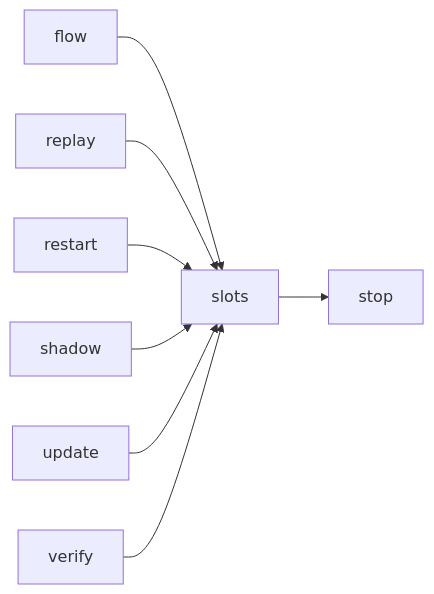
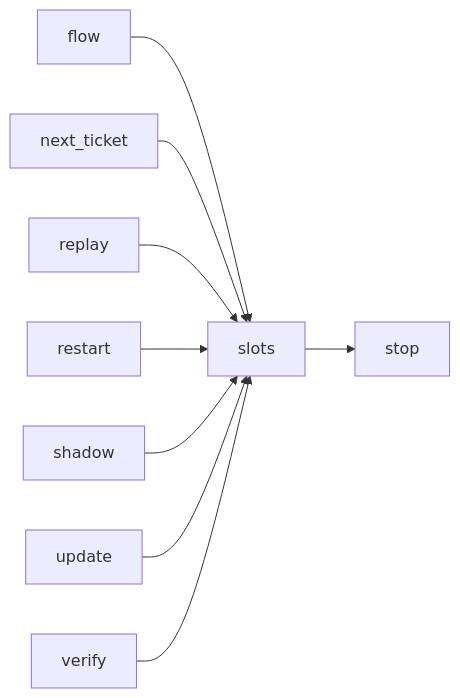
The third of 3 diagrams in docs/architecture/modules/slots.md (plaplanche/ariane), drawn with Mermaid before and after one commit. The commit also changed 42 other files, not shown here.

Commit message:
#223: ariane next: propose the next ticket that can start safely next to the running ones, start it on the owner's confirmation (C11, C22, C23)

````diff
--- a/docs/architecture/modules/slots.md
+++ b/docs/architecture/modules/slots.md
@@ -54,10 +54,11 @@
 ```mermaid
 flowchart LR
   flow --> slots
+  next_ticket --> slots
   replay --> slots
   restart --> slots
   shadow --> slots
   slots --> stop
   update --> slots
   verify --> slots
 ```
````
